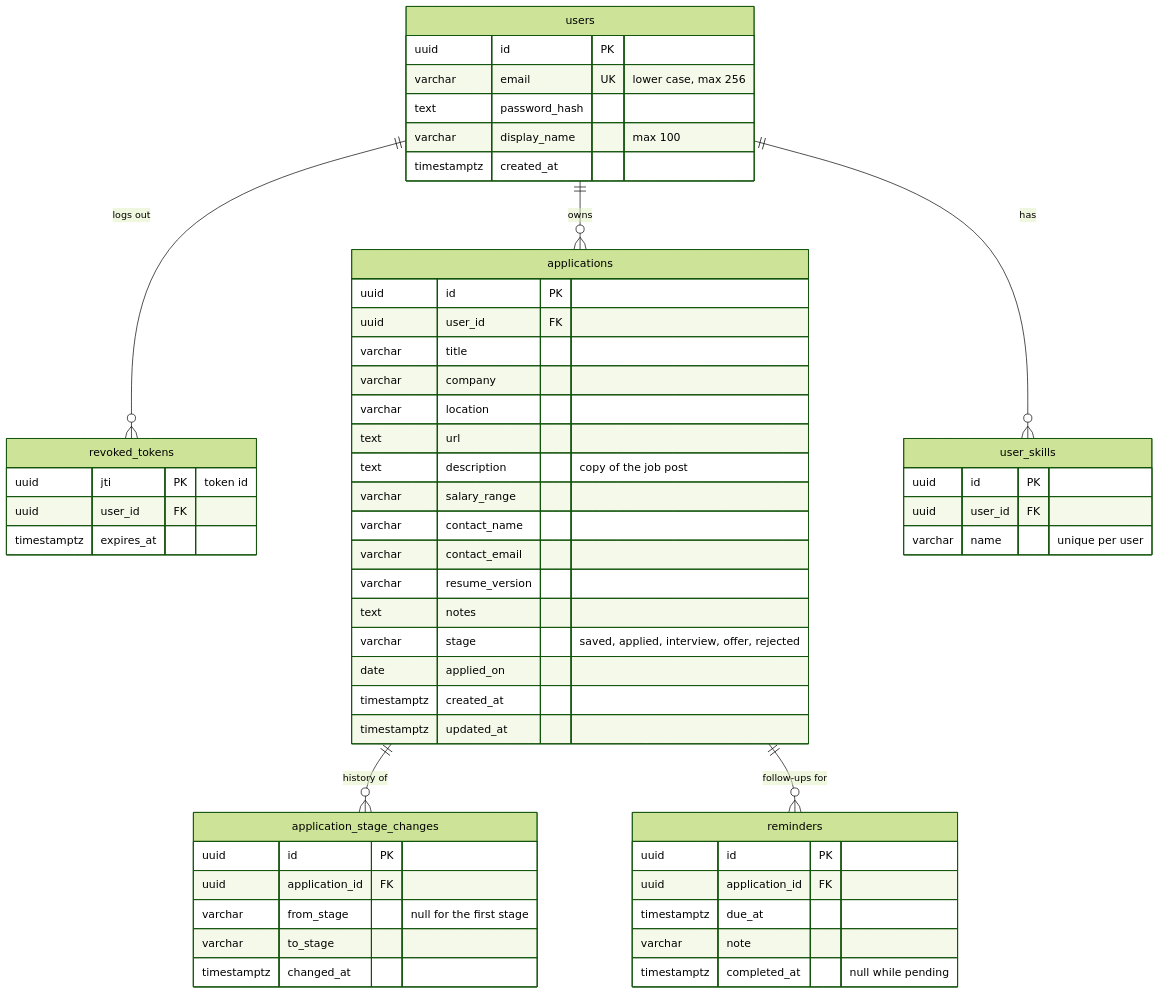
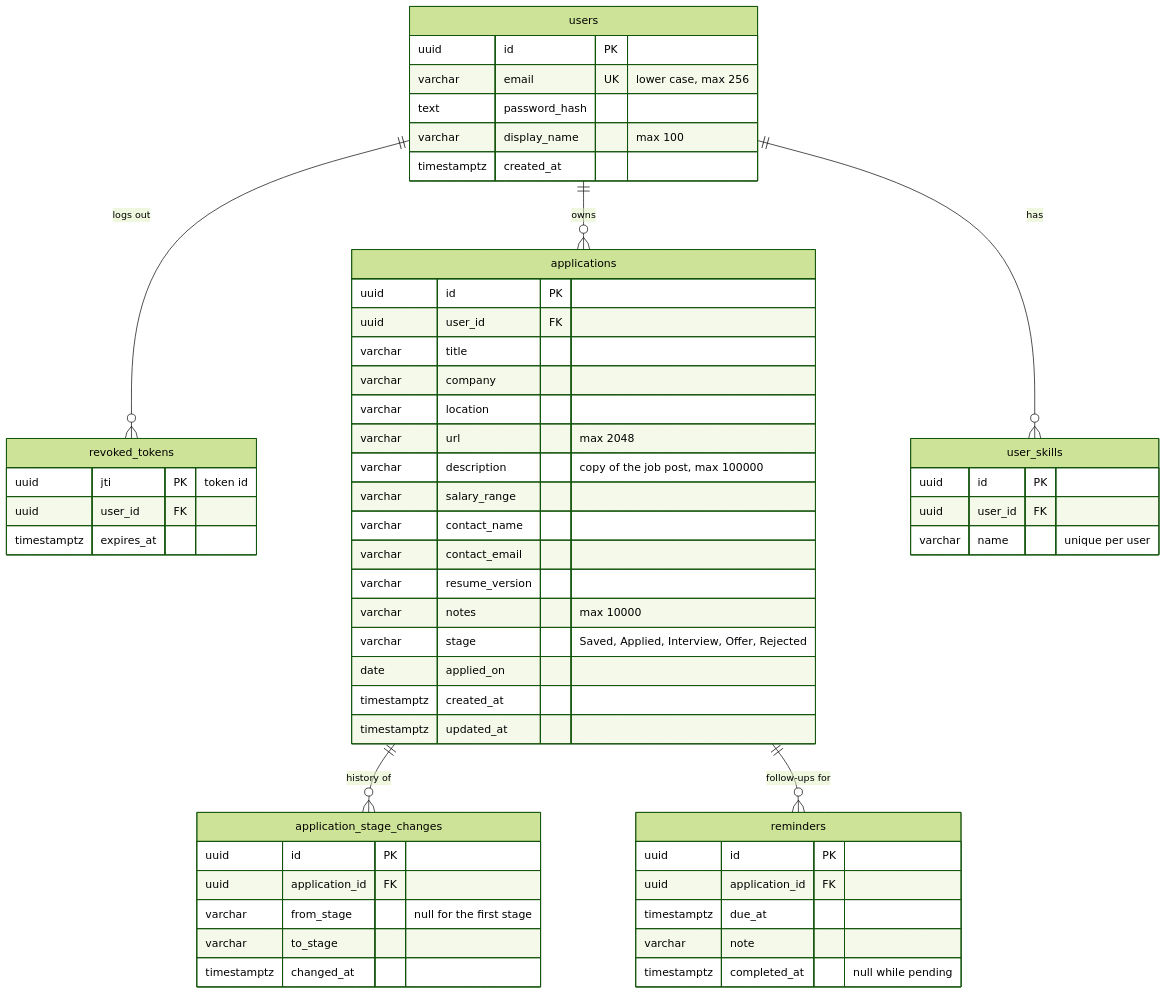
The diagram in docs/database.md (EzequielRindello/jobtrail), drawn with Mermaid (forest theme) before and after one commit. The commit also changed other lines of this file and 33 other files, not shown here.

````diff
--- a/docs/database.md
+++ b/docs/database.md
@@ -9,58 +9,58 @@
 ```mermaid
 erDiagram
     users ||--o{ revoked_tokens : "logs out"
     users ||--o{ applications : owns
     users ||--o{ user_skills : has
     applications ||--o{ application_stage_changes : "history of"
     applications ||--o{ reminders : "follow-ups for"
 
     users {
         uuid id PK
         varchar email UK "lower case, max 256"
         text password_hash
         varchar display_name "max 100"
         timestamptz created_at
     }
     revoked_tokens {
         uuid jti PK "token id"
         uuid user_id FK
         timestamptz expires_at
     }
     applications {
         uuid id PK
         uuid user_id FK
         varchar title
         varchar company
         varchar location
-        text url
-        text description "copy of the job post"
+        varchar url "max 2048"
+        varchar description "copy of the job post, max 100000"
         varchar salary_range
         varchar contact_name
         varchar contact_email
         varchar resume_version
-        text notes
-        varchar stage "saved, applied, interview, offer, rejected"
+        varchar notes "max 10000"
+        varchar stage "Saved, Applied, Interview, Offer, Rejected"
         date applied_on
         timestamptz created_at
         timestamptz updated_at
     }
     application_stage_changes {
         uuid id PK
         uuid application_id FK
         varchar from_stage "null for the first stage"
         varchar to_stage
         timestamptz changed_at
     }
     reminders {
         uuid id PK
         uuid application_id FK
         timestamptz due_at
         varchar note
         timestamptz completed_at "null while pending"
     }
     user_skills {
         uuid id PK
         uuid user_id FK
         varchar name "unique per user"
     }
 ```
````
